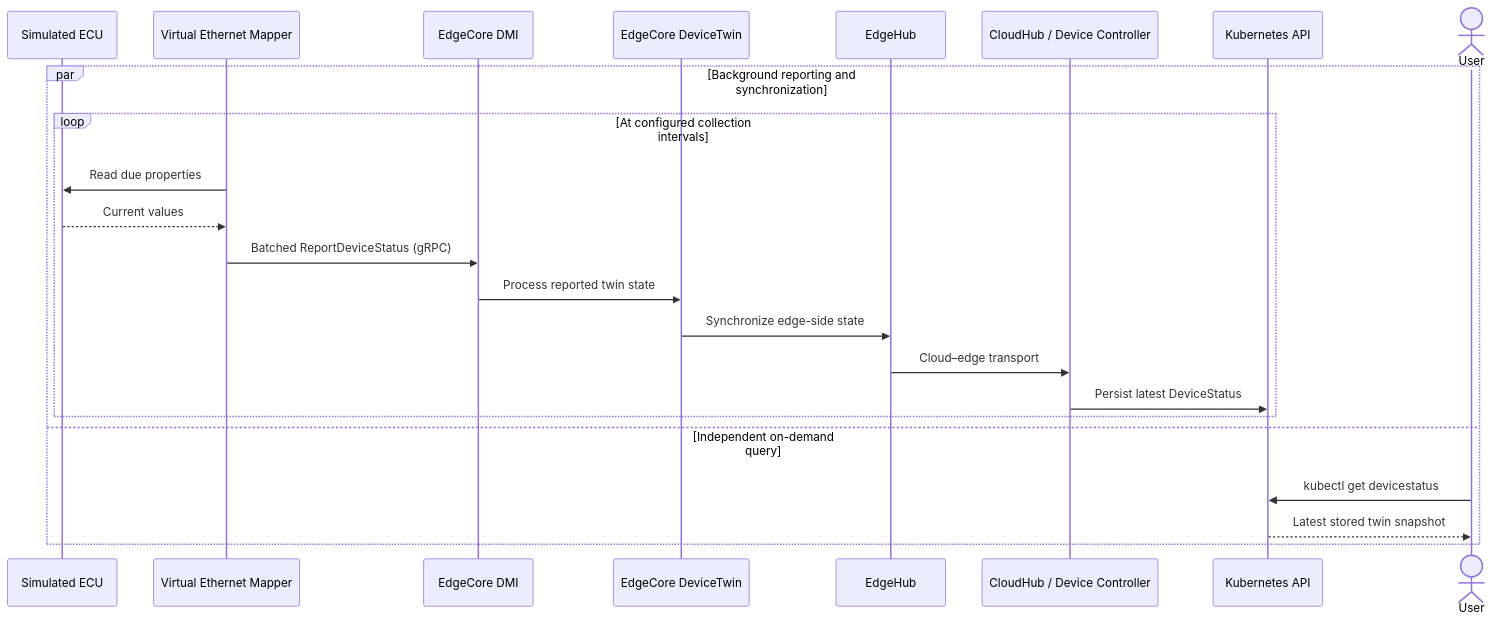
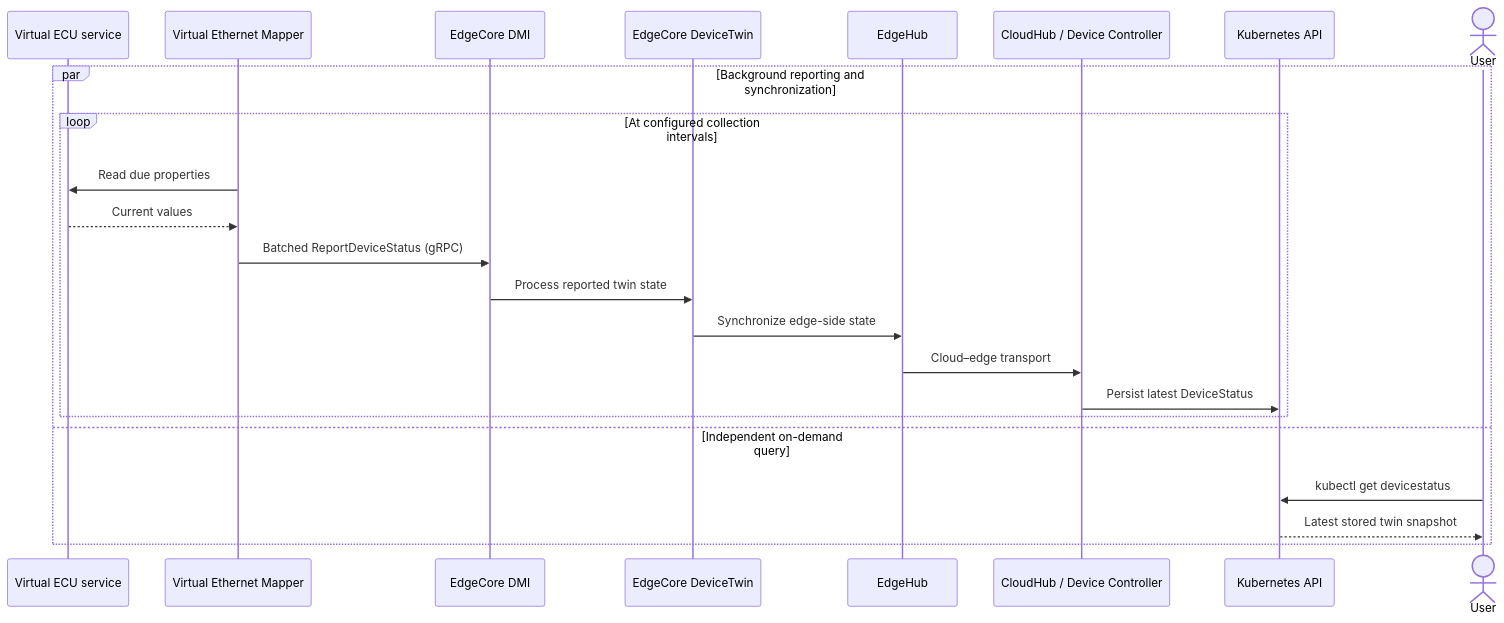
The sixth of 9 diagrams in README.md (neotera-eu/up2date4sdv-continuumx-playground), drawn with Mermaid before and after one commit. The commit also changed other lines of this file and 14 other files, not shown here.

Commit message:
Add virtual ECU firmware update; vECU is now a separate entity (was part of the mapper)

````diff
--- a/README.md
+++ b/README.md
@@ -339,26 +345,26 @@
 ```mermaid
 sequenceDiagram
-    participant ECU as Simulated ECU
+    participant ECU as Virtual ECU service
     participant Mapper as Virtual Ethernet Mapper
     participant DMI as EdgeCore DMI
     participant Twin as EdgeCore DeviceTwin
     participant EH as EdgeHub
     participant DC as CloudHub / Device Controller
     participant API as Kubernetes API
     actor User
 
     par Background reporting and synchronization
         loop At configured collection intervals
             Mapper->>ECU: Read due properties
             ECU-->>Mapper: Current values
             Mapper->>DMI: Batched ReportDeviceStatus (gRPC)
             DMI->>Twin: Process reported twin state
             Twin->>EH: Synchronize edge-side state
             EH->>DC: Cloud–edge transport
             DC->>API: Persist latest DeviceStatus
         end
     and Independent on-demand query
         User->>API: kubectl get devicestatus
         API-->>User: Latest stored twin snapshot
     end
 ```
````
